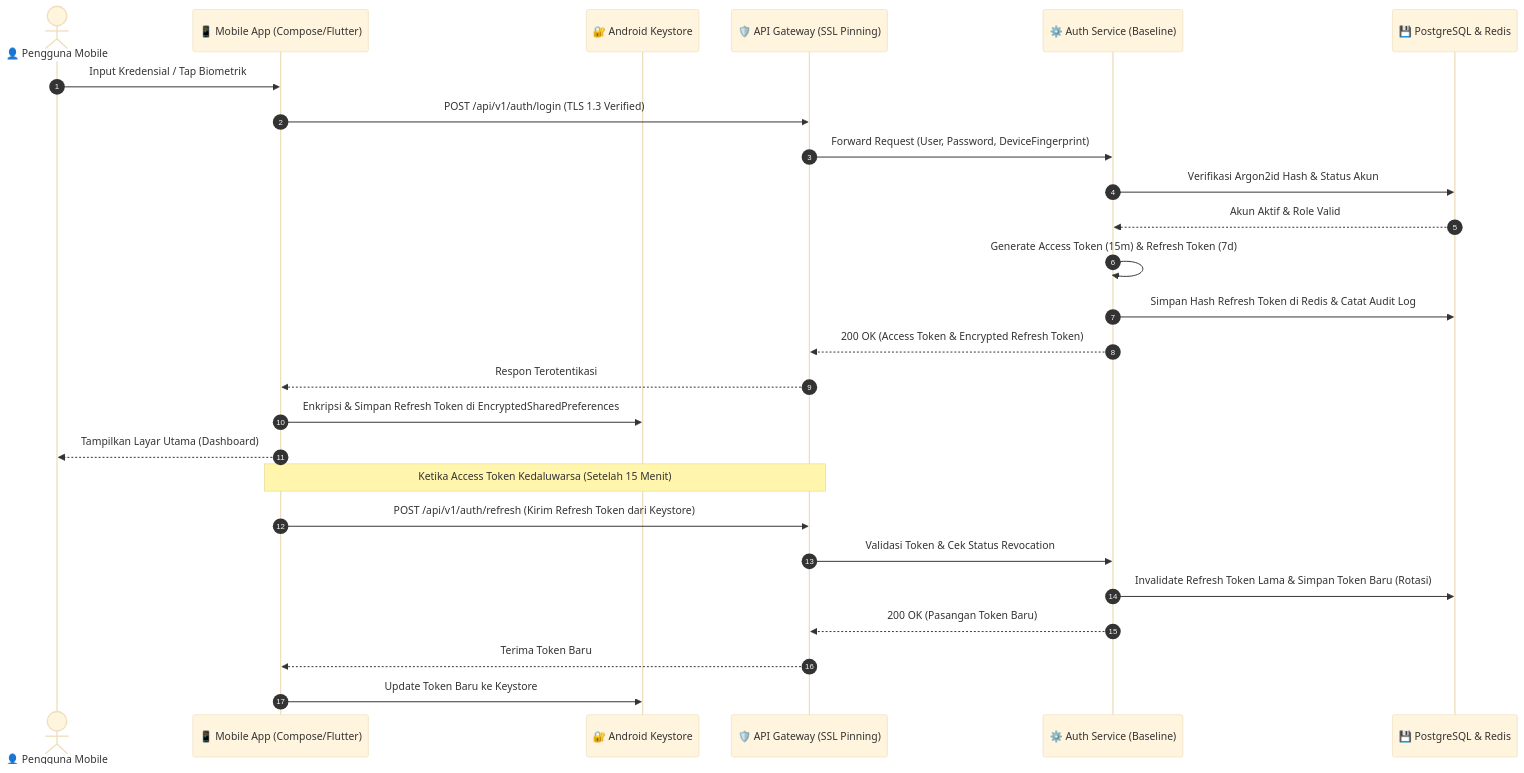
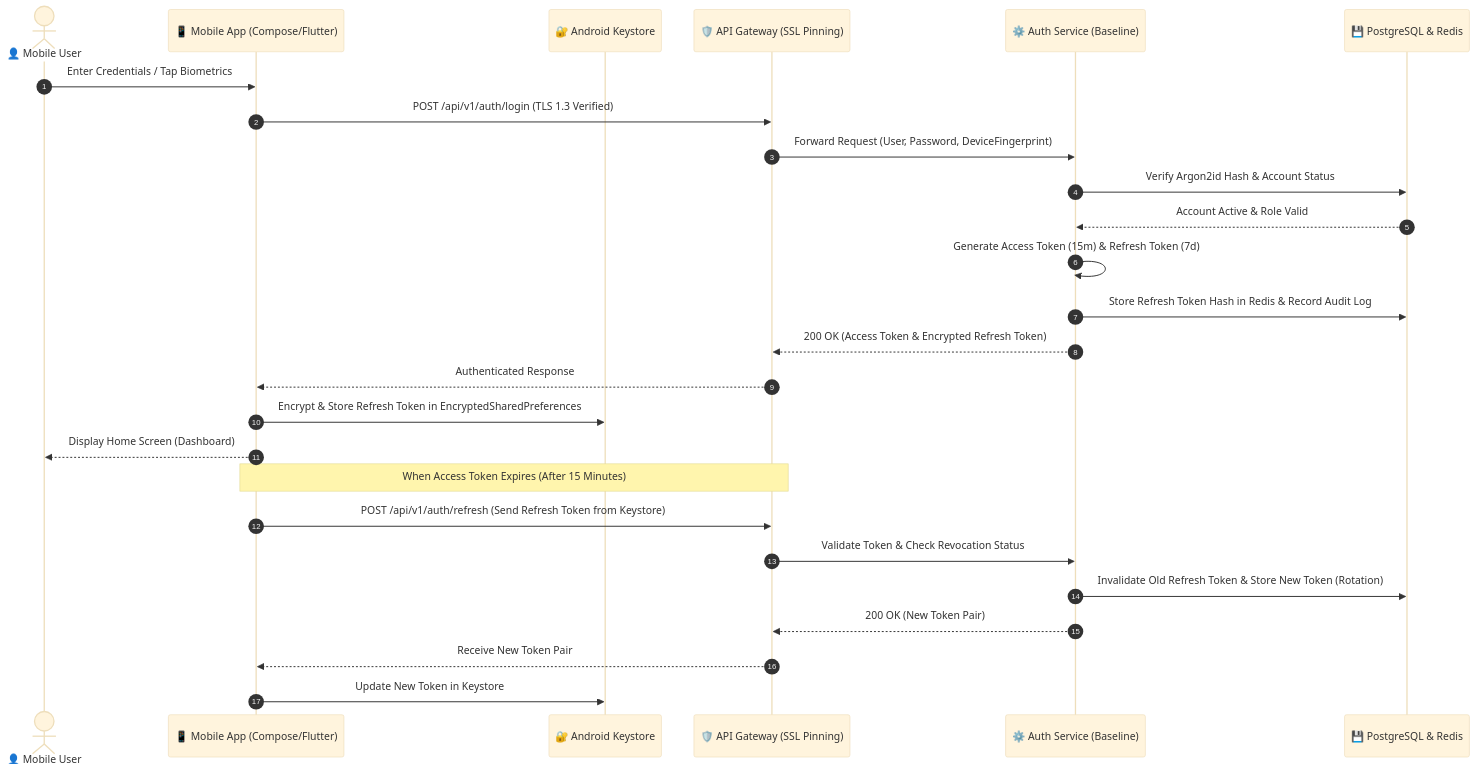
One commit to mochrzlf/aegis-forge changed the diagram in docs/diagrams/mobile-auth-sequence.md. Above: the diagram before and after it, drawn with Mermaid (base theme). The commit also changed other lines of this file and 31 other files, not shown here.

````diff
--- a/docs/diagrams/mobile-auth-sequence.md
+++ b/docs/diagrams/mobile-auth-sequence.md
@@ -5,31 +5,31 @@
 ```mermaid
 sequenceDiagram
     autonumber
-    actor User as 👤 Pengguna Mobile
+    actor User as 👤 Mobile User
     participant App as 📱 Mobile App (Compose/Flutter)
     participant Store as 🔐 Android Keystore
     participant Gateway as 🛡️ API Gateway (SSL Pinning)
     participant AuthAPI as ⚙️ Auth Service (Baseline)
     participant DB as 💾 PostgreSQL & Redis
 
-    User->>App: Input Kredensial / Tap Biometrik
+    User->>App: Enter Credentials / Tap Biometrics
     App->>Gateway: POST /api/v1/auth/login (TLS 1.3 Verified)
     Gateway->>AuthAPI: Forward Request (User, Password, DeviceFingerprint)
-    AuthAPI->>DB: Verifikasi Argon2id Hash & Status Akun
-    DB-->>AuthAPI: Akun Aktif & Role Valid
+    AuthAPI->>DB: Verify Argon2id Hash & Account Status
+    DB-->>AuthAPI: Account Active & Role Valid
     AuthAPI->>AuthAPI: Generate Access Token (15m) & Refresh Token (7d)
-    AuthAPI->>DB: Simpan Hash Refresh Token di Redis & Catat Audit Log
+    AuthAPI->>DB: Store Refresh Token Hash in Redis & Record Audit Log
     AuthAPI-->>Gateway: 200 OK (Access Token & Encrypted Refresh Token)
-    Gateway-->>App: Respon Terotentikasi
+    Gateway-->>App: Authenticated Response
 
-    App->>Store: Enkripsi & Simpan Refresh Token di EncryptedSharedPreferences
-    App-->>User: Tampilkan Layar Utama (Dashboard)
+    App->>Store: Encrypt & Store Refresh Token in EncryptedSharedPreferences
+    App-->>User: Display Home Screen (Dashboard)
 
-    Note over App,Gateway: Ketika Access Token Kedaluwarsa (Setelah 15 Menit)
-    App->>Gateway: POST /api/v1/auth/refresh (Kirim Refresh Token dari Keystore)
-    Gateway->>AuthAPI: Validasi Token & Cek Status Revocation
-    AuthAPI->>DB: Invalidate Refresh Token Lama & Simpan Token Baru (Rotasi)
-    AuthAPI-->>Gateway: 200 OK (Pasangan Token Baru)
-    Gateway-->>App: Terima Token Baru
-    App->>Store: Update Token Baru ke Keystore
+    Note over App,Gateway: When Access Token Expires (After 15 Minutes)
+    App->>Gateway: POST /api/v1/auth/refresh (Send Refresh Token from Keystore)
+    Gateway->>AuthAPI: Validate Token & Check Revocation Status
+    AuthAPI->>DB: Invalidate Old Refresh Token & Store New Token (Rotation)
+    AuthAPI-->>Gateway: 200 OK (New Token Pair)
+    Gateway-->>App: Receive New Token Pair
+    App->>Store: Update New Token in Keystore
 ```
````
